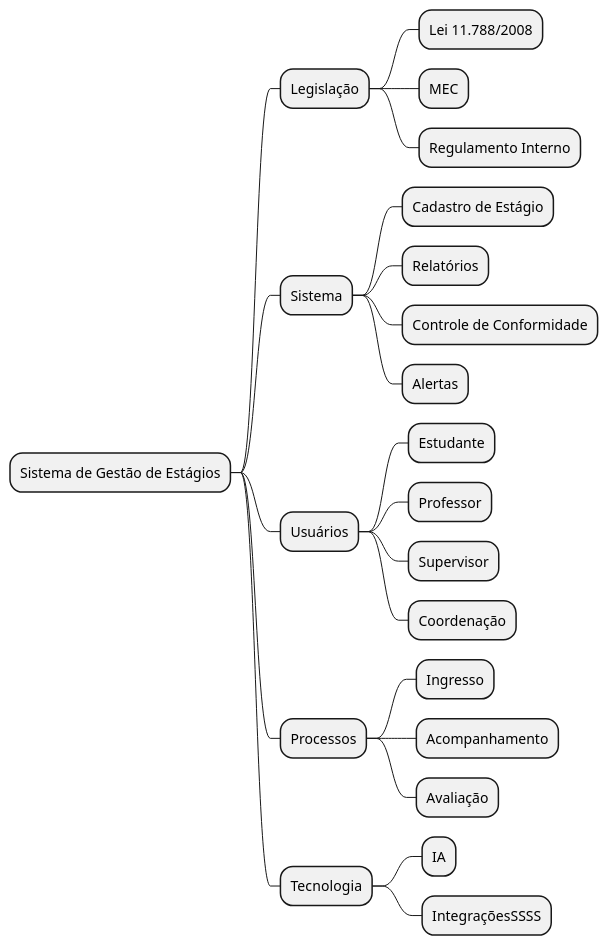
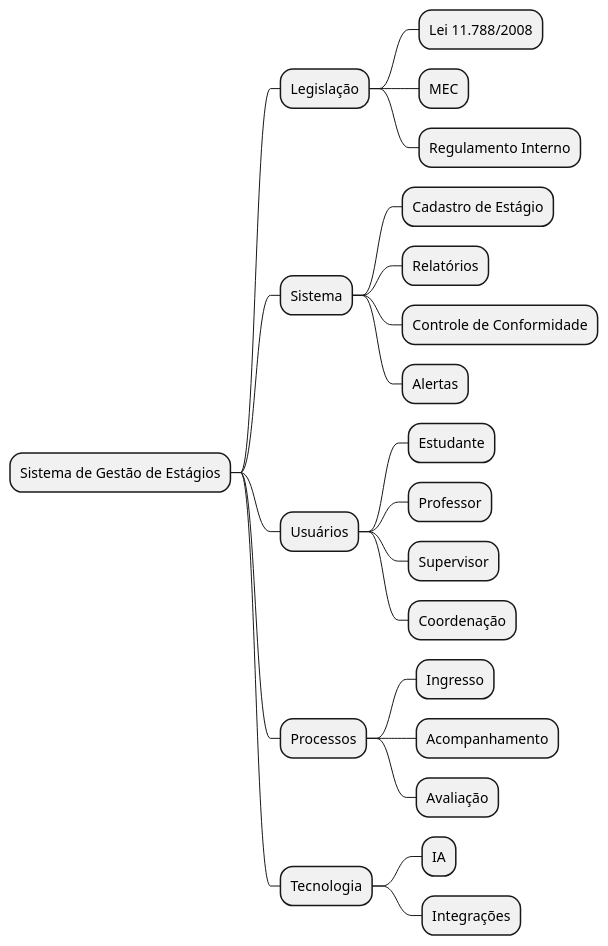
Before and after one commit to Projetos-de-Extensao/PBE_26.1_8001_VI: the diagram in docs/Iniciacao/mapa_mental.md, drawn with PlantUML.

Commit message:
mapa mental finalizado

````diff
--- a/docs/Iniciacao/mapa_mental.md
+++ b/docs/Iniciacao/mapa_mental.md
@@ -1,30 +1,30 @@
 ```plantuml
 @startmindmap
 * Sistema de Gestão de Estágios
 ** Legislação
 *** Lei 11.788/2008
 *** MEC
 *** Regulamento Interno
 
 ** Sistema
 *** Cadastro de Estágio
 *** Relatórios
 *** Controle de Conformidade
 *** Alertas
 
 ** Usuários
 *** Estudante
 *** Professor
 *** Supervisor
 *** Coordenação
 
 ** Processos
 *** Ingresso
 *** Acompanhamento
 *** Avaliação
 
 ** Tecnologia
 *** IA
-*** IntegraçõesSSSS
+*** Integrações
 @endmindmap
 ```
````
